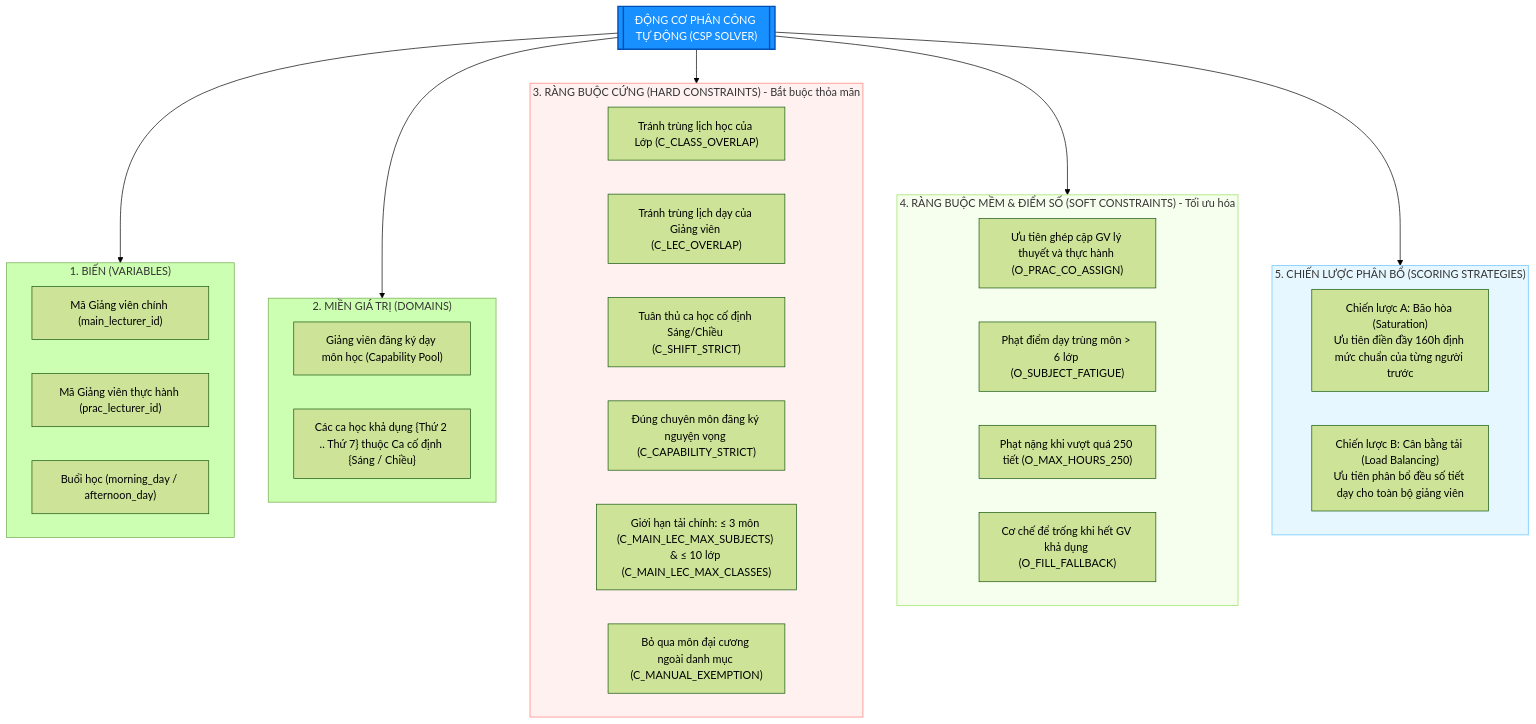
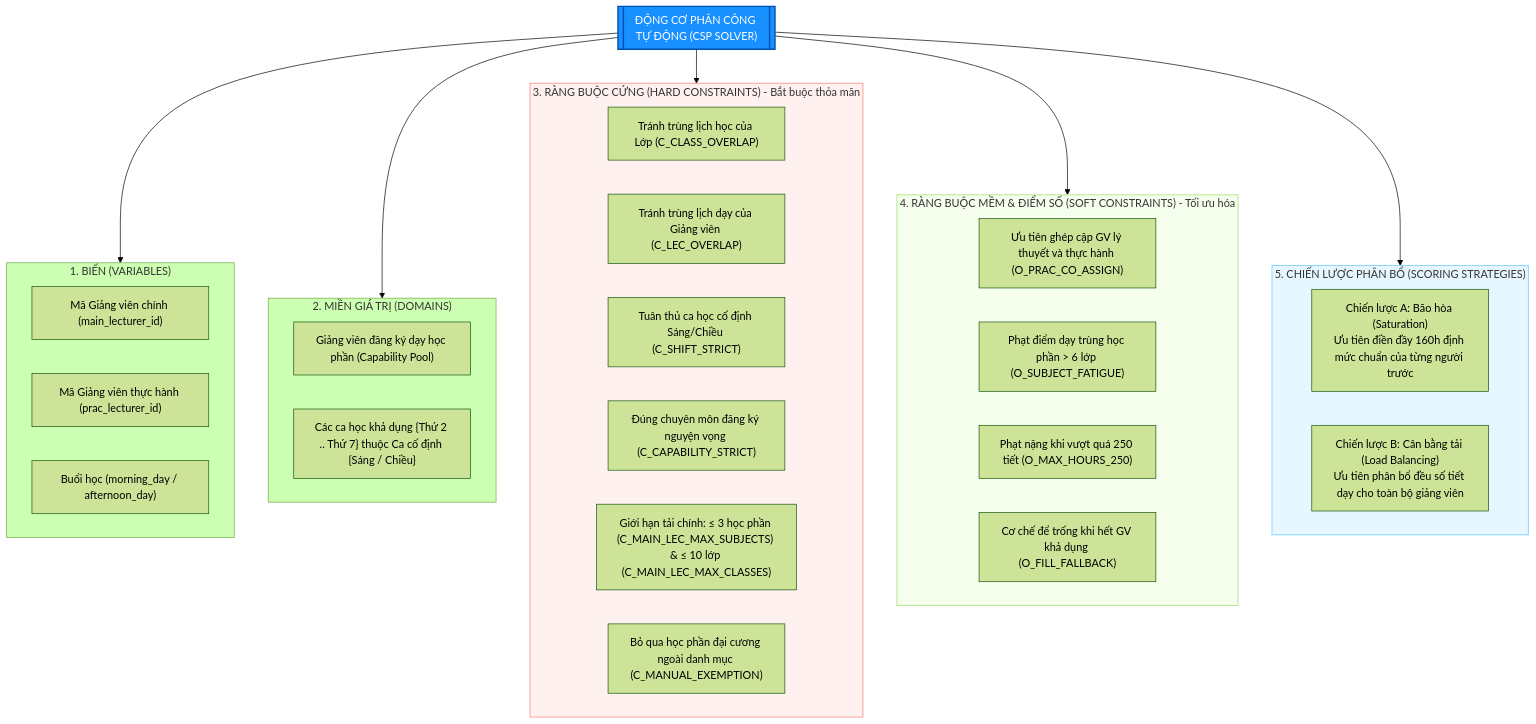
One commit to khuong-d4ng/PROJECT_1_SCHEDULE_BACKUP changed the first of 2 diagrams in docs/Báo cáo đồ án, nghiên cứu khoa học/chương_2.md. Above: the diagram before and after it, drawn with Mermaid (forest theme). The commit also changed other lines of this file and 17 other files, not shown here.

````diff
--- a/docs/Báo cáo đồ án, nghiên cứu khoa học/chương_2.md
+++ b/docs/Báo cáo đồ án, nghiên cứu khoa học/chương_2.md
@@ -179,50 +179,50 @@
 ```mermaid
 flowchart TB
     %% Nodes
     Engine[["ĐỘNG CƠ PHÂN CÔNG TỰ ĐỘNG (CSP SOLVER)"]]
     
     subgraph Variables ["1. BIẾN (VARIABLES)"]
         V_Lec["Mã Giảng viên chính (main_lecturer_id)"]
         V_Prac["Mã Giảng viên thực hành (prac_lecturer_id)"]
         V_Slot["Buổi học (morning_day / afternoon_day)"]
     end
     
     subgraph Domains ["2. MIỀN GIÁ TRỊ (DOMAINS)"]
-        D_Lec["Giảng viên đăng ký dạy môn học (Capability Pool)"]
+        D_Lec["Giảng viên đăng ký dạy học phần (Capability Pool)"]
         D_Slot["Các ca học khả dụng {Thứ 2 .. Thứ 7} thuộc Ca cố định {Sáng / Chiều}"]
     end
     
     subgraph HardConstraints ["3. RÀNG BUỘC CỨNG (HARD CONSTRAINTS) - Bắt buộc thỏa mãn"]
         C_Class["Tránh trùng lịch học của Lớp (C_CLASS_OVERLAP)"]
         C_Lec["Tránh trùng lịch dạy của Giảng viên (C_LEC_OVERLAP)"]
         C_Shift["Tuân thủ ca học cố định Sáng/Chiều (C_SHIFT_STRICT)"]
         C_Cap["Đúng chuyên môn đăng ký nguyện vọng (C_CAPABILITY_STRICT)"]
-        C_Limit["Giới hạn tải chính: ≤ 3 môn (C_MAIN_LEC_MAX_SUBJECTS) & ≤ 10 lớp (C_MAIN_LEC_MAX_CLASSES)"]
-        C_Exempt["Bỏ qua môn đại cương ngoài danh mục (C_MANUAL_EXEMPTION)"]
+        C_Limit["Giới hạn tải chính: ≤ 3 học phần (C_MAIN_LEC_MAX_SUBJECTS) & ≤ 10 lớp (C_MAIN_LEC_MAX_CLASSES)"]
+        C_Exempt["Bỏ qua học phần đại cương ngoài danh mục (C_MANUAL_EXEMPTION)"]
     end
     
     subgraph SoftConstraints ["4. RÀNG BUỘC MỀM & ĐIỂM SỐ (SOFT CONSTRAINTS) - Tối ưu hóa"]
         O_Prac["Ưu tiên ghép cặp GV lý thuyết và thực hành (O_PRAC_CO_ASSIGN)"]
-        O_Fatigue["Phạt điểm dạy trùng môn > 6 lớp (O_SUBJECT_FATIGUE)"]
+        O_Fatigue["Phạt điểm dạy trùng học phần > 6 lớp (O_SUBJECT_FATIGUE)"]
         O_Max["Phạt nặng khi vượt quá 250 tiết (O_MAX_HOURS_250)"]
         O_Fallback["Cơ chế để trống khi hết GV khả dụng (O_FILL_FALLBACK)"]
     end
 
     subgraph Strategies ["5. CHIẾN LƯỢC PHÂN BỔ (SCORING STRATEGIES)"]
         Str_A["Chiến lược A: Bão hòa (Saturation)<br>Ưu tiên điền đầy 160h định mức chuẩn của từng người trước"]
         Str_B["Chiến lược B: Cân bằng tải (Load Balancing)<br>Ưu tiên phân bổ đều số tiết dạy cho toàn bộ giảng viên"]
     end
 
     %% Connections
     Engine --> Variables
     Engine --> Domains
     Engine --> HardConstraints
     Engine --> SoftConstraints
     Engine --> Strategies
     
     %% Styling
     style Engine fill:#1890ff,stroke:#0050b3,stroke-width:2px,color:#fff
     style HardConstraints fill:#fff1f0,stroke:#ffa39e,stroke-width:1.5px
     style SoftConstraints fill:#f6ffed,stroke:#b7eb8f,stroke-width:1.5px
     style Strategies fill:#e6f7ff,stroke:#91d5ff,stroke-width:1.5px
 ```
````
